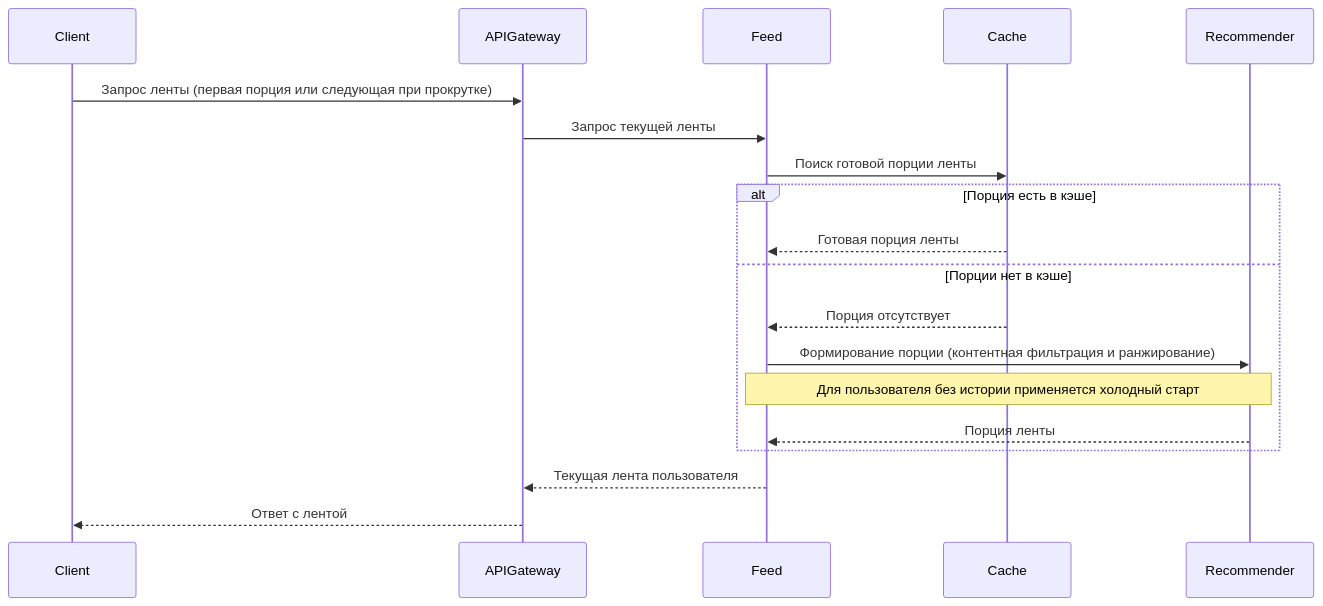
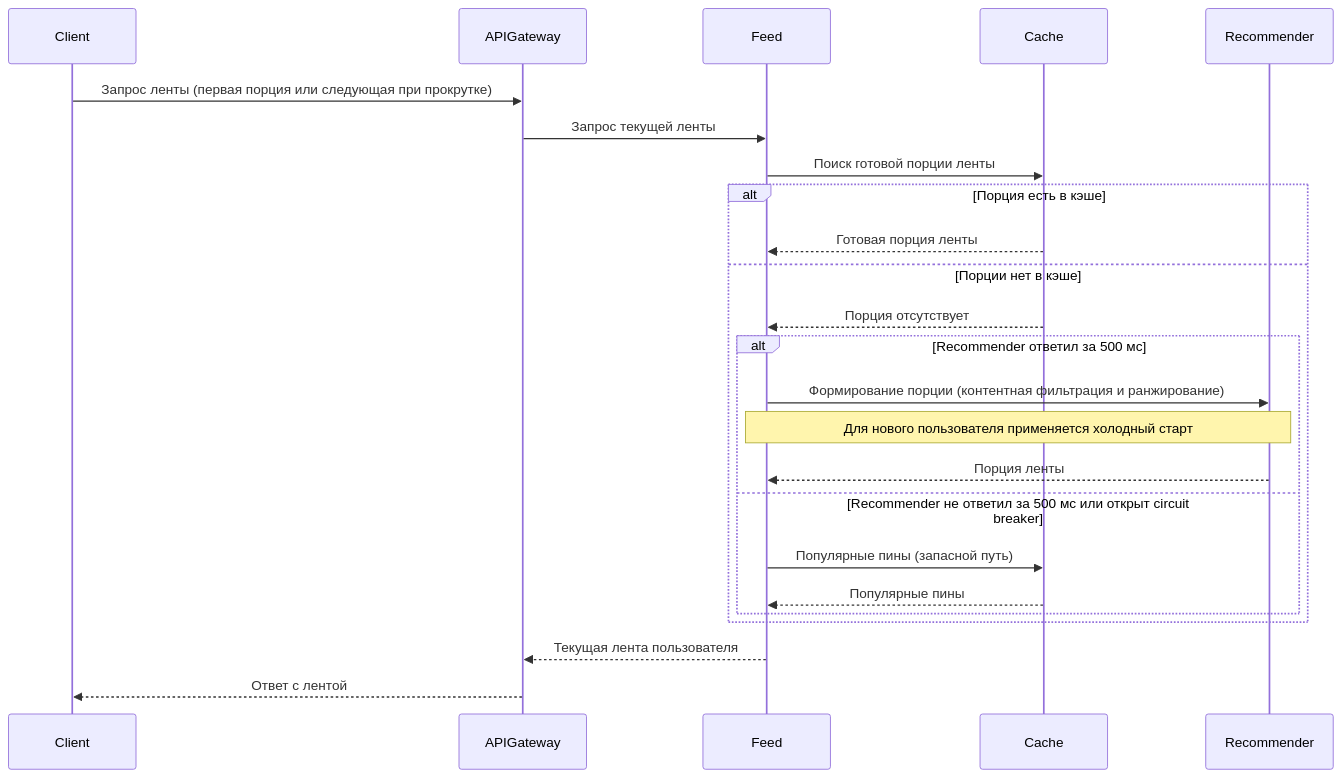
Before and after one commit to spbu-ds-practicum-2026/apotheosis: the second of 6 diagrams in docs/tr.md, drawn with Mermaid. The commit also changed other lines of this file, not shown here.

````diff
--- a/docs/tr.md
+++ b/docs/tr.md
@@ -174,22 +219,27 @@
 ```mermaid
 sequenceDiagram
   participant Client
   participant APIGateway
   participant Feed
   participant Cache
   participant Recommender
 
   Client->>APIGateway: Запрос ленты (первая порция или следующая при прокрутке)
   APIGateway->>Feed: Запрос текущей ленты
   Feed->>Cache: Поиск готовой порции ленты
   alt Порция есть в кэше
     Cache-->>Feed: Готовая порция ленты
   else Порции нет в кэше
     Cache-->>Feed: Порция отсутствует
-    Feed->>Recommender: Формирование порции (контентная фильтрация и ранжирование)
-    Note over Feed,Recommender: Для пользователя без истории применяется холодный старт
-    Recommender-->>Feed: Порция ленты
+    alt Recommender ответил за 500 мс
+      Feed->>Recommender: Формирование порции (контентная фильтрация и ранжирование)
+      Note over Feed,Recommender: Для нового пользователя применяется холодный старт
+      Recommender-->>Feed: Порция ленты
+    else Recommender не ответил за 500 мс или открыт circuit breaker
+      Feed->>Cache: Популярные пины (запасной путь)
+      Cache-->>Feed: Популярные пины
+    end
   end
   Feed-->>APIGateway: Текущая лента пользователя
   APIGateway-->>Client: Ответ с лентой
 ```
````
